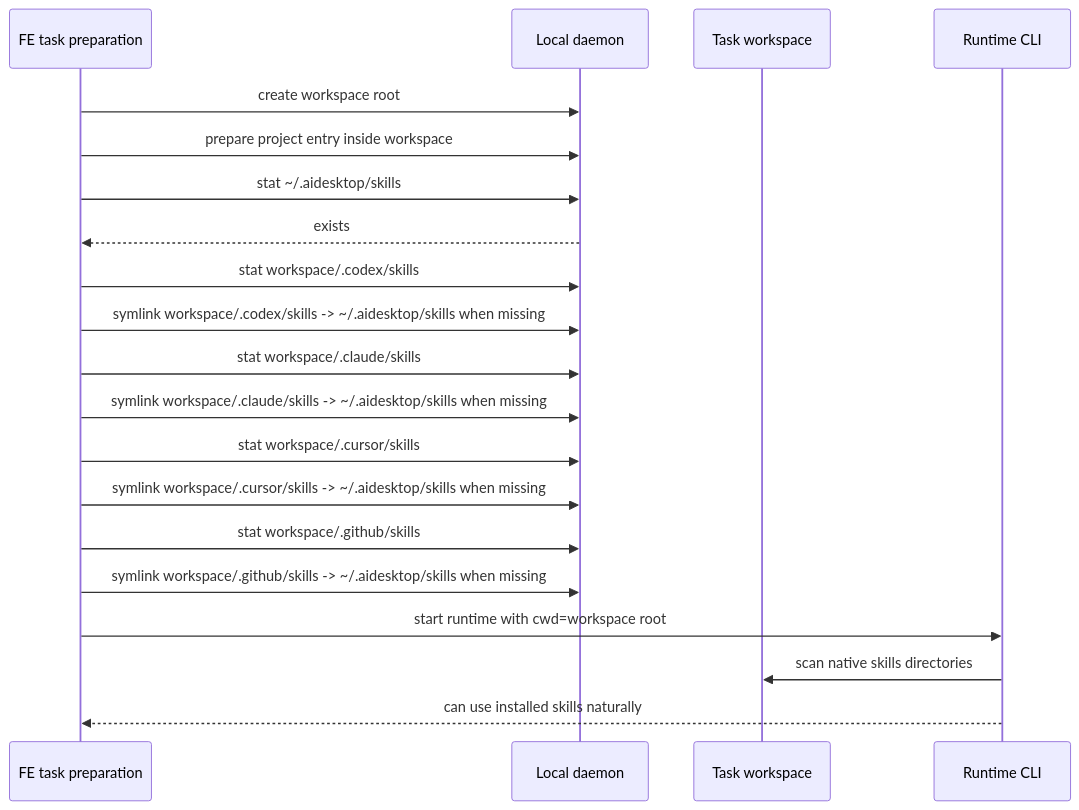
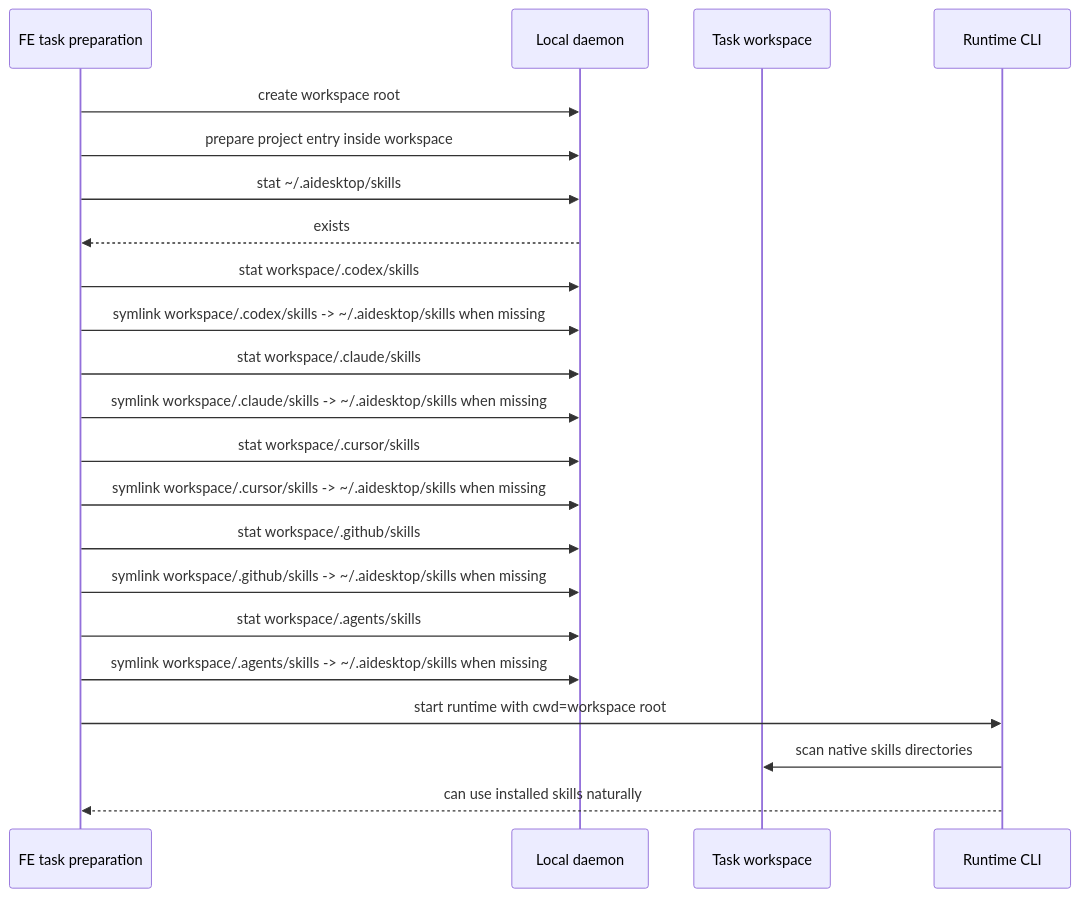
Before and after one commit to karmiy/rc-obsidian-docs: the diagram in ai-desk/Skill/local-materialization/specs/03-workspace-runtime-discovery.md, drawn with Mermaid. The commit also changed other lines of this file and 16 other files, not shown here.

````diff
--- a/ai-desk/Skill/local-materialization/specs/03-workspace-runtime-discovery.md
+++ b/ai-desk/Skill/local-materialization/specs/03-workspace-runtime-discovery.md
@@ -45,23 +46,25 @@
 ```mermaid
 sequenceDiagram
   participant FE as FE task preparation
   participant D as Local daemon
   participant WS as Task workspace
   participant RT as Runtime CLI
 
   FE->>D: create workspace root
   FE->>D: prepare project entry inside workspace
   FE->>D: stat ~/.aidesktop/skills
   D-->>FE: exists
   FE->>D: stat workspace/.codex/skills
   FE->>D: symlink workspace/.codex/skills -> ~/.aidesktop/skills when missing
   FE->>D: stat workspace/.claude/skills
   FE->>D: symlink workspace/.claude/skills -> ~/.aidesktop/skills when missing
   FE->>D: stat workspace/.cursor/skills
   FE->>D: symlink workspace/.cursor/skills -> ~/.aidesktop/skills when missing
   FE->>D: stat workspace/.github/skills
   FE->>D: symlink workspace/.github/skills -> ~/.aidesktop/skills when missing
+  FE->>D: stat workspace/.agents/skills
+  FE->>D: symlink workspace/.agents/skills -> ~/.aidesktop/skills when missing
   FE->>RT: start runtime with cwd=workspace root
   RT->>WS: scan native skills directories
   RT-->>FE: can use installed skills naturally
 ```
````
